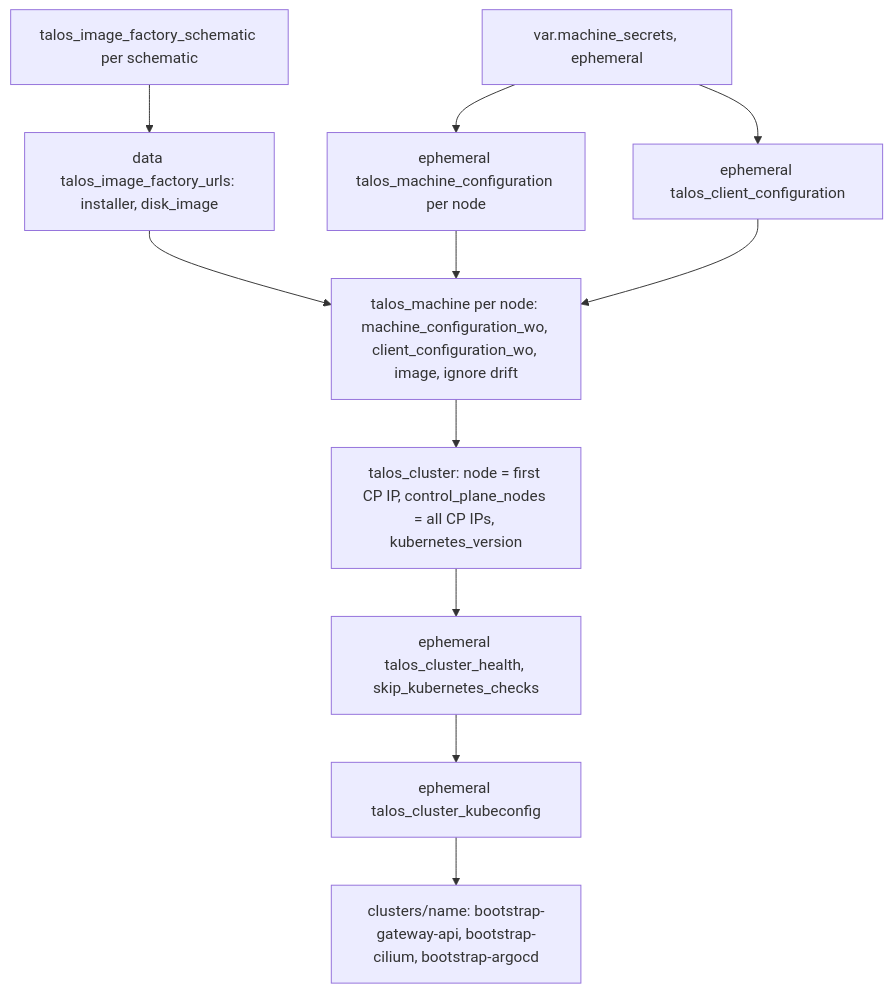
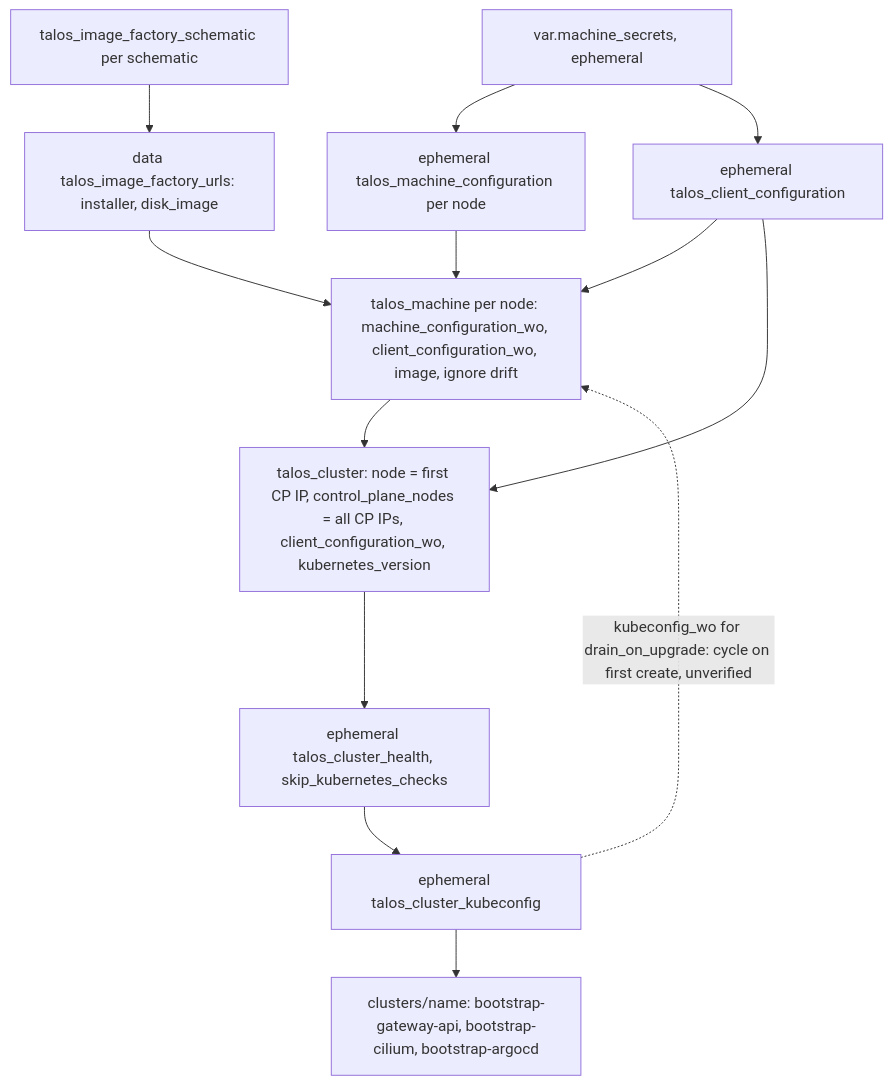
The fifth of 6 diagrams in docs/rfc/0025-talos-raspberry-pi.md (gsuquet/infra), drawn with Mermaid before and after one commit. The commit also changed other lines of this file, not shown here.

````diff
--- a/docs/rfc/0025-talos-raspberry-pi.md
+++ b/docs/rfc/0025-talos-raspberry-pi.md
@@ -457,13 +472,15 @@
 ```mermaid
 flowchart TB
   sch["talos_image_factory_schematic per schematic"] --> urls["data talos_image_factory_urls: installer, disk_image"]
   sec["var.machine_secrets, ephemeral"] --> mc["ephemeral talos_machine_configuration per node"]
   sec --> cc["ephemeral talos_client_configuration"]
   urls --> tm["talos_machine per node: machine_configuration_wo, client_configuration_wo, image, ignore drift"]
   mc --> tm
   cc --> tm
-  tm --> tc["talos_cluster: node = first CP IP, control_plane_nodes = all CP IPs, kubernetes_version"]
+  cc --> tc
+  tm --> tc["talos_cluster: node = first CP IP, control_plane_nodes = all CP IPs, client_configuration_wo, kubernetes_version"]
+  kc -. "kubeconfig_wo for drain_on_upgrade: cycle on first create, unverified" .-> tm
   tc --> health["ephemeral talos_cluster_health, skip_kubernetes_checks"]
   health --> kc["ephemeral talos_cluster_kubeconfig"]
   kc --> boot["clusters/name: bootstrap-gateway-api, bootstrap-cilium, bootstrap-argocd"]
 ```
````
